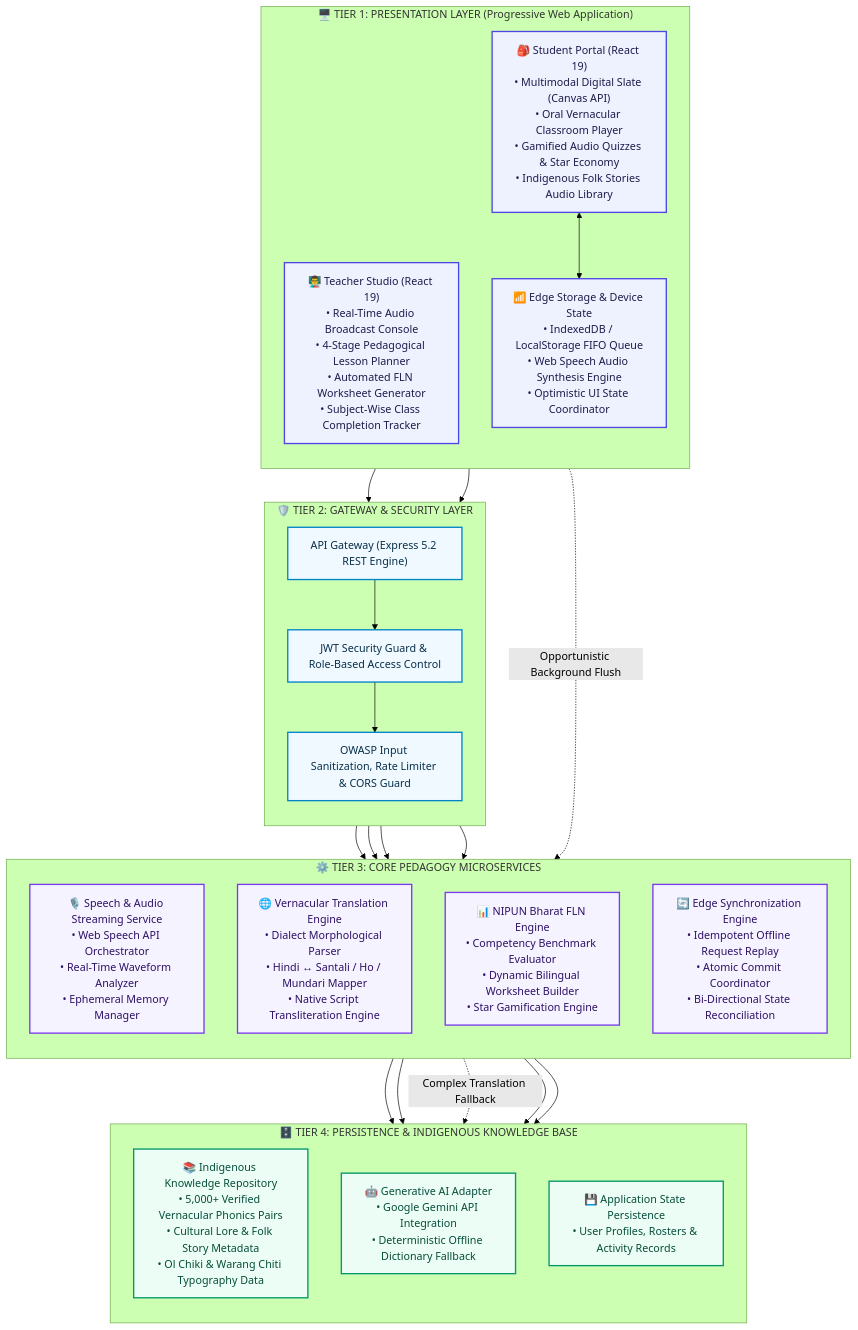
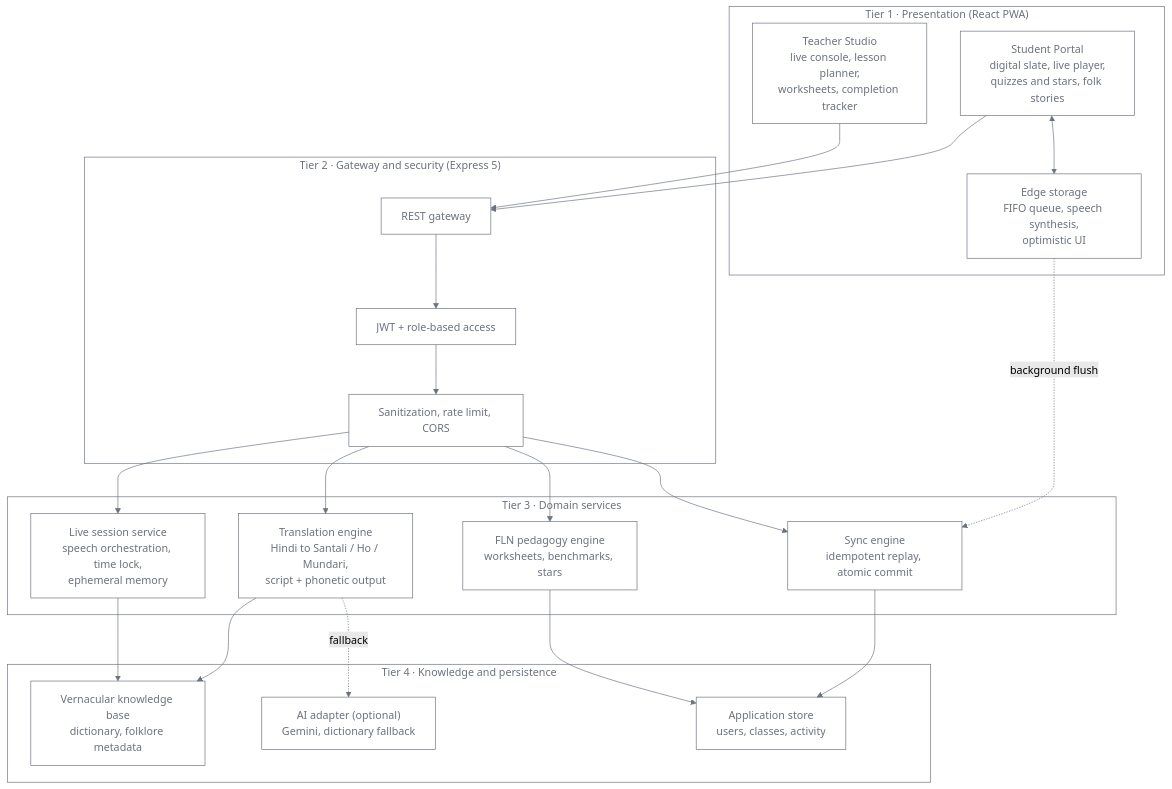
The second of 2 diagrams in README.md (madhavisolanki-ui/Vaani), drawn with Mermaid (forest theme) before and after one commit. The commit also changed other lines of this file, not shown here.

````diff
--- a/README.md
+++ b/README.md
@@ -106,55 +86,39 @@
 ```mermaid
-graph TB
-    classDef clientStyle fill:#EEF2FF,stroke:#4F46E5,stroke-width:2px,color:#1E1B4B;
-    classDef gatewayStyle fill:#F0F9FF,stroke:#0284C7,stroke-width:2px,color:#082F49;
-    classDef coreStyle fill:#F5F3FF,stroke:#7C3AED,stroke-width:2px,color:#2E1065;
-    classDef storageStyle fill:#ECFDF5,stroke:#059669,stroke-width:2px,color:#064E3B;
-
-    subgraph Tier1["🖥️ TIER 1: PRESENTATION LAYER (Progressive Web Application)"]
-        direction TB
-        TEACHER_PORTAL["👨‍🏫 Teacher Studio (React 19)<br/>• Real-Time Audio Broadcast Console<br/>• 4-Stage Pedagogical Lesson Planner<br/>• Automated FLN Worksheet Generator<br/>• Subject-Wise Class Completion Tracker"]:::clientStyle
-        STUDENT_PORTAL["🎒 Student Portal (React 19)<br/>• Multimodal Digital Slate (Canvas API)<br/>• Oral Vernacular Classroom Player<br/>• Gamified Audio Quizzes & Star Economy<br/>• Indigenous Folk Stories Audio Library"]:::clientStyle
-        CLIENT_CACHE["📶 Edge Storage & Device State<br/>• IndexedDB / LocalStorage FIFO Queue<br/>• Web Speech Audio Synthesis Engine<br/>• Optimistic UI State Coordinator"]:::clientStyle
+flowchart TB
+    subgraph Client["Tier 1 · Presentation (React PWA)"]
+        TP["Teacher Studio<br/>live console, lesson planner,<br/>worksheets, completion tracker"]
+        SP["Student Portal<br/>digital slate, live player,<br/>quizzes and stars, folk stories"]
+        EC["Edge storage<br/>FIFO queue, speech synthesis,<br/>optimistic UI"]
     end
-
-    subgraph Tier2["🛡️ TIER 2: GATEWAY & SECURITY LAYER"]
-        direction TB
-        GATEWAY["API Gateway (Express 5.2 REST Engine)"]:::gatewayStyle
-        JWT_GUARD["JWT Security Guard & Role-Based Access Control"]:::gatewayStyle
-        SANITIZER["OWASP Input Sanitization, Rate Limiter & CORS Guard"]:::gatewayStyle
+    subgraph Gateway["Tier 2 · Gateway and security (Express 5)"]
+        GW["REST gateway"] --> JW["JWT + role-based access"] --> SZ["Sanitization, rate limit, CORS"]
     end
-
-    subgraph Tier3["⚙️ TIER 3: CORE PEDAGOGY MICROSERVICES"]
-        direction TB
-        SPEECH_SERVICE["🎙️ Speech & Audio Streaming Service<br/>• Web Speech API Orchestrator<br/>• Real-Time Waveform Analyzer<br/>• Ephemeral Memory Manager"]:::coreStyle
-        TRANSLATION_SERVICE["🌐 Vernacular Translation Engine<br/>• Dialect Morphological Parser<br/>• Hindi ↔ Santali / Ho / Mundari Mapper<br/>• Native Script Transliteration Engine"]:::coreStyle
-        PEDAGOGY_SERVICE["📊 NIPUN Bharat FLN Engine<br/>• Competency Benchmark Evaluator<br/>• Dynamic Bilingual Worksheet Builder<br/>• Star Gamification Engine"]:::coreStyle
-        SYNC_SERVICE["🔄 Edge Synchronization Engine<br/>• Idempotent Offline Request Replay<br/>• Atomic Commit Coordinator<br/>• Bi-Directional State Reconciliation"]:::coreStyle
+    subgraph Services["Tier 3 · Domain services"]
+        LS["Live session service<br/>speech orchestration, time lock,<br/>ephemeral memory"]
+        TS["Translation engine<br/>Hindi to Santali / Ho / Mundari,<br/>script + phonetic output"]
+        PS["FLN pedagogy engine<br/>worksheets, benchmarks, stars"]
+        SY["Sync engine<br/>idempotent replay, atomic commit"]
     end
-
-    subgraph Tier4["🗄️ TIER 4: PERSISTENCE & INDIGENOUS KNOWLEDGE BASE"]
-        direction TB
-        TRIBAL_KB["📚 Indigenous Knowledge Repository<br/>• 5,000+ Verified Vernacular Phonics Pairs<br/>• Cultural Lore & Folk Story Metadata<br/>• Ol Chiki & Warang Chiti Typography Data"]:::storageStyle
-        AI_ENGINE["🤖 Generative AI Adapter<br/>• Google Gemini API Integration<br/>• Deterministic Offline Dictionary Fallback"]:::storageStyle
-        DATA_STORE["💾 Application State Persistence<br/>• User Profiles, Rosters & Activity Records"]:::storageStyle
+    subgraph Data["Tier 4 · Knowledge and persistence"]
+        KB["Vernacular knowledge base<br/>dictionary, folklore metadata"]
+        AI["AI adapter (optional)<br/>Gemini, dictionary fallback"]
+        DS["Application store<br/>users, classes, activity"]
     end
-
-    %% INTER-TIER CONNECTIONS
-    TEACHER_PORTAL --> GATEWAY
-    STUDENT_PORTAL --> GATEWAY
-    STUDENT_PORTAL <--> CLIENT_CACHE
-    CLIENT_CACHE -.->|Opportunistic Background Flush| SYNC_SERVICE
-
-    GATEWAY --> JWT_GUARD
-    JWT_GUARD --> SANITIZER
-    SANITIZER --> SPEECH_SERVICE
-    SANITIZER --> TRANSLATION_SERVICE
-    SANITIZER --> PEDAGOGY_SERVICE
-    SANITIZER --> SYNC_SERVICE
-
-    SPEECH_SERVICE --> TRIBAL_KB
-    TRANSLATION_SERVICE --> TRIBAL_KB
-    TRANSLATION_SERVICE -.->|Complex Translation Fallback| AI_ENGINE
-    PEDAGOGY_SERVICE --> DATA_STORE
-    SYNC_SERVICE --> DATA_STORE
+    TP --> GW
+    SP --> GW
+    SP <--> EC
+    EC -.->|background flush| SY
+    SZ --> LS & TS & PS & SY
+    LS --> KB
+    TS --> KB
+    TS -.->|fallback| AI
+    PS --> DS
+    SY --> DS
+    classDef plain fill:none,stroke:#6b7280,color:#6b7280
+    class TP,SP,EC,GW,JW,SZ,LS,TS,PS,SY,KB,AI,DS plain
+    style Client fill:none,stroke:#6b7280,color:#6b7280
+    style Gateway fill:none,stroke:#6b7280,color:#6b7280
+    style Services fill:none,stroke:#6b7280,color:#6b7280
+    style Data fill:none,stroke:#6b7280,color:#6b7280
+    linkStyle default stroke:#6b7280,fill:none
 ```
````
